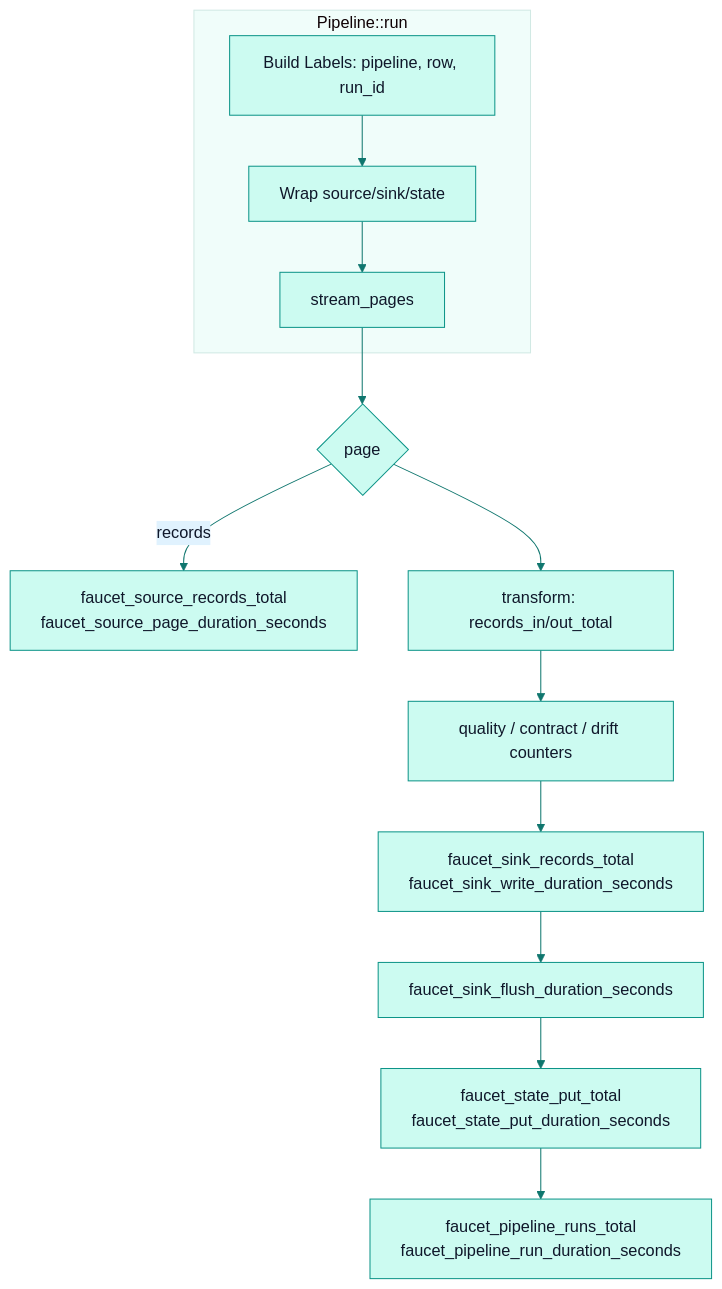
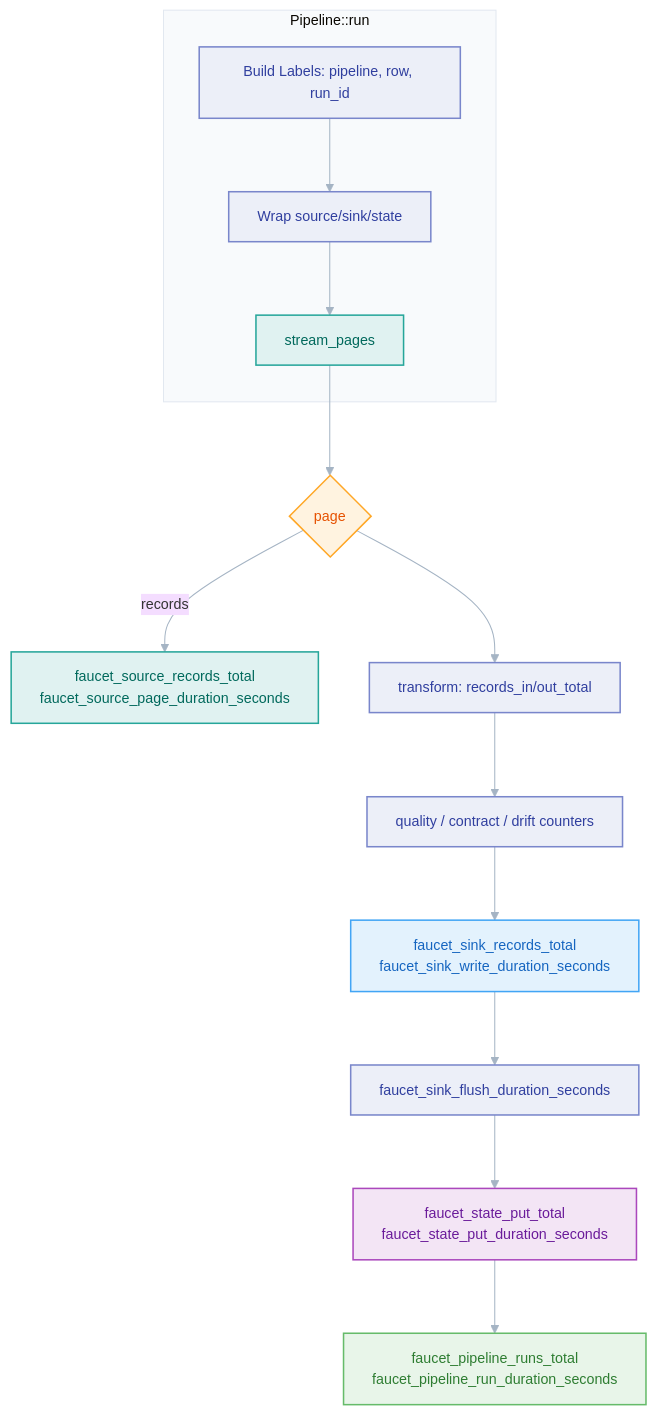
The diagram in docs/architecture/observability.md (PawanSikawat/faucet-stream), drawn with Mermaid before and after one commit. The commit also changed 28 other files, not shown here.

First line of the commit message:
docs: upgrade Mermaid diagrams to V2 role-coded style

````diff
--- a/docs/architecture/observability.md
+++ b/docs/architecture/observability.md
@@ -49,16 +49,28 @@
 ```mermaid
-%%{init: {'theme':'base','themeVariables':{'primaryColor':'#ccfbf1','primaryTextColor':'#0f172a','primaryBorderColor':'#0d9488','lineColor':'#0f766e','secondaryColor':'#e0f2fe','tertiaryColor':'#f0fdfa','fontFamily':'-apple-system,BlinkMacSystemFont,Segoe UI,sans-serif'}}}%%
+%%{init: {'theme':'base','flowchart':{'curve':'basis','nodeSpacing':50,'rankSpacing':72,'padding':14},'themeVariables':{'fontFamily':'-apple-system,BlinkMacSystemFont,Segoe UI,sans-serif','fontSize':'14px','lineColor':'#a5b4c4','clusterBkg':'#f8fafc','clusterBorder':'#e2e8f0'}}}%%
 flowchart TD
     subgraph run["Pipeline::run"]
         L[Build Labels: pipeline, row, run_id] --> WS[Wrap source/sink/state]
         WS --> SP[stream_pages]
     end
     SP --> P{page}
     P -->|records| SRC[faucet_source_records_total<br/>faucet_source_page_duration_seconds]
     P --> TR[transform: records_in/out_total]
     TR --> QCD[quality / contract / drift counters]
     QCD --> SNK[faucet_sink_records_total<br/>faucet_sink_write_duration_seconds]
     SNK --> FL[faucet_sink_flush_duration_seconds]
     FL --> ST[faucet_state_put_total<br/>faucet_state_put_duration_seconds]
     ST --> RUN[faucet_pipeline_runs_total<br/>faucet_pipeline_run_duration_seconds]
+    classDef src fill:#e0f2f1,stroke:#26a69a,stroke-width:1.5px,color:#00695c
+    classDef proc fill:#eceff8,stroke:#7986cb,stroke-width:1.5px,color:#303f9f
+    classDef dec fill:#fff3e0,stroke:#ffa726,stroke-width:1.5px,color:#e65100
+    classDef good fill:#e8f5e9,stroke:#66bb6a,stroke-width:1.5px,color:#2e7d32
+    classDef store fill:#f3e5f5,stroke:#ab47bc,stroke-width:1.5px,color:#6a1b9a
+    classDef sink fill:#e3f2fd,stroke:#42a5f5,stroke-width:1.5px,color:#1565c0
+    class SP,SRC src
+    class L,WS,TR,QCD,FL proc
+    class P dec
+    class RUN good
+    class ST store
+    class SNK sink
 ```
````
